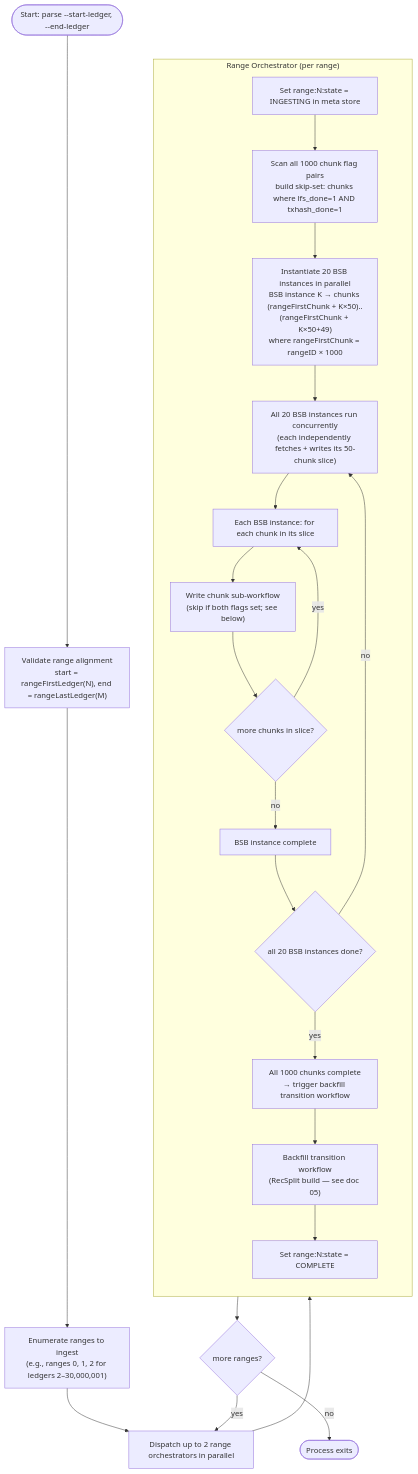
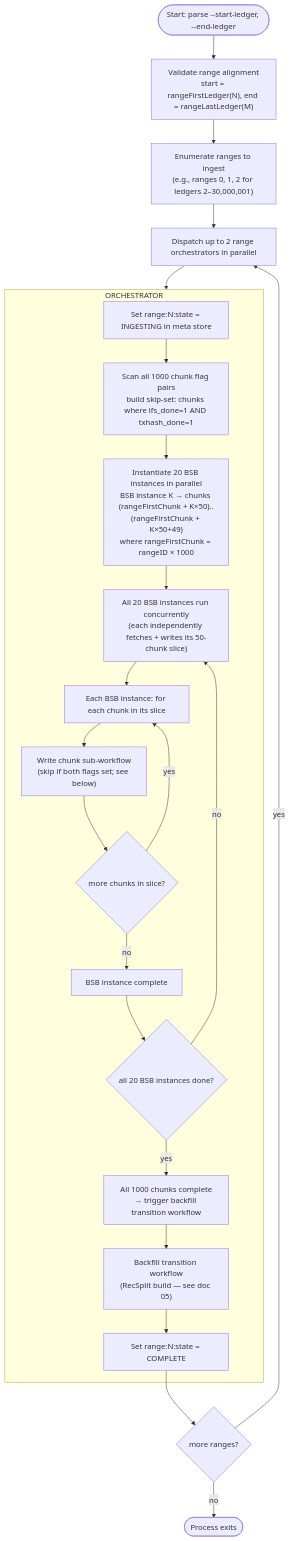
The first of 4 diagrams in design-docs-v2/03-backfill-workflow.md (karthikiyer56/stellar-full-history-ingestion), drawn with Mermaid before and after one commit. The commit also changed other lines of this file and 4 other files, not shown here.

Commit message:
fix: remove quoted labels and direction from mermaid subgraphs for GitHub rendering

````diff
--- a/design-docs-v2/03-backfill-workflow.md
+++ b/design-docs-v2/03-backfill-workflow.md
@@ -22,29 +22,28 @@
 ```mermaid
 flowchart TD
     START(["Start: parse --start-ledger, --end-ledger"]) --> VALIDATE["Validate range alignment<br/>start = rangeFirstLedger(N), end = rangeLastLedger(M)"]
     VALIDATE --> RANGES["Enumerate ranges to ingest<br/>(e.g., ranges 0, 1, 2 for ledgers 2–30,000,001)"]
     RANGES --> DISPATCH["Dispatch up to 2 range orchestrators in parallel"]
 
-    subgraph ORCHESTRATOR["Range Orchestrator (per range)"]
-        direction TB
+    subgraph ORCHESTRATOR
         INIT["Set range:N:state = INGESTING in meta store"]
         INIT --> SCAN["Scan all 1000 chunk flag pairs<br/>build skip-set: chunks where lfs_done=1 AND txhash_done=1"]
         SCAN --> BSB_INIT["Instantiate 20 BSB instances in parallel<br/>BSB instance K → chunks (rangeFirstChunk + K×50)..(rangeFirstChunk + K×50+49)<br/>where rangeFirstChunk = rangeID × 1000"]
         BSB_INIT --> BSB_PARALLEL["All 20 BSB instances run concurrently<br/>(each independently fetches + writes its 50-chunk slice)"]
         BSB_PARALLEL --> CHUNK_LOOP["Each BSB instance: for each chunk in its slice"]
         CHUNK_LOOP --> WRITE_CHUNK["Write chunk sub-workflow<br/>(skip if both flags set; see below)"]
         WRITE_CHUNK --> MORE_CHUNKS{more chunks in slice?}
         MORE_CHUNKS -->|yes| CHUNK_LOOP
         MORE_CHUNKS -->|no| BSB_DONE["BSB instance complete"]
         BSB_DONE --> ALL_DONE{all 20 BSB instances done?}
         ALL_DONE -->|no| BSB_PARALLEL
         ALL_DONE -->|yes| ALL_CHUNKS_DONE["All 1000 chunks complete<br/>→ trigger backfill transition workflow"]
         ALL_CHUNKS_DONE --> TRANSITION["Backfill transition workflow<br/>(RecSplit build — see doc 05)"]
         TRANSITION --> RANGE_DONE["Set range:N:state = COMPLETE"]
     end
 
     DISPATCH --> ORCHESTRATOR
     RANGE_DONE --> NEXT_RANGE{more ranges?}
     NEXT_RANGE -->|yes| DISPATCH
     NEXT_RANGE -->|no| EXIT(["Process exits"])
 ```
````
